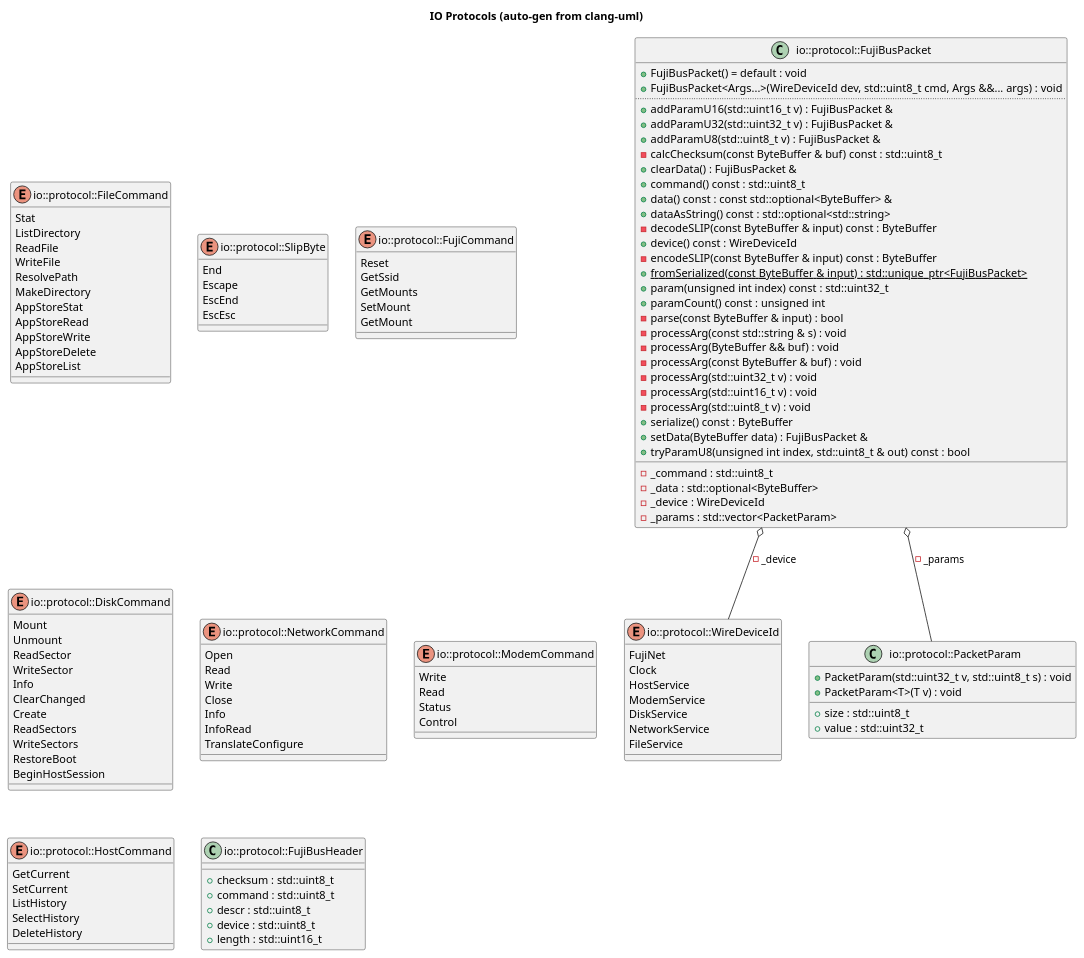
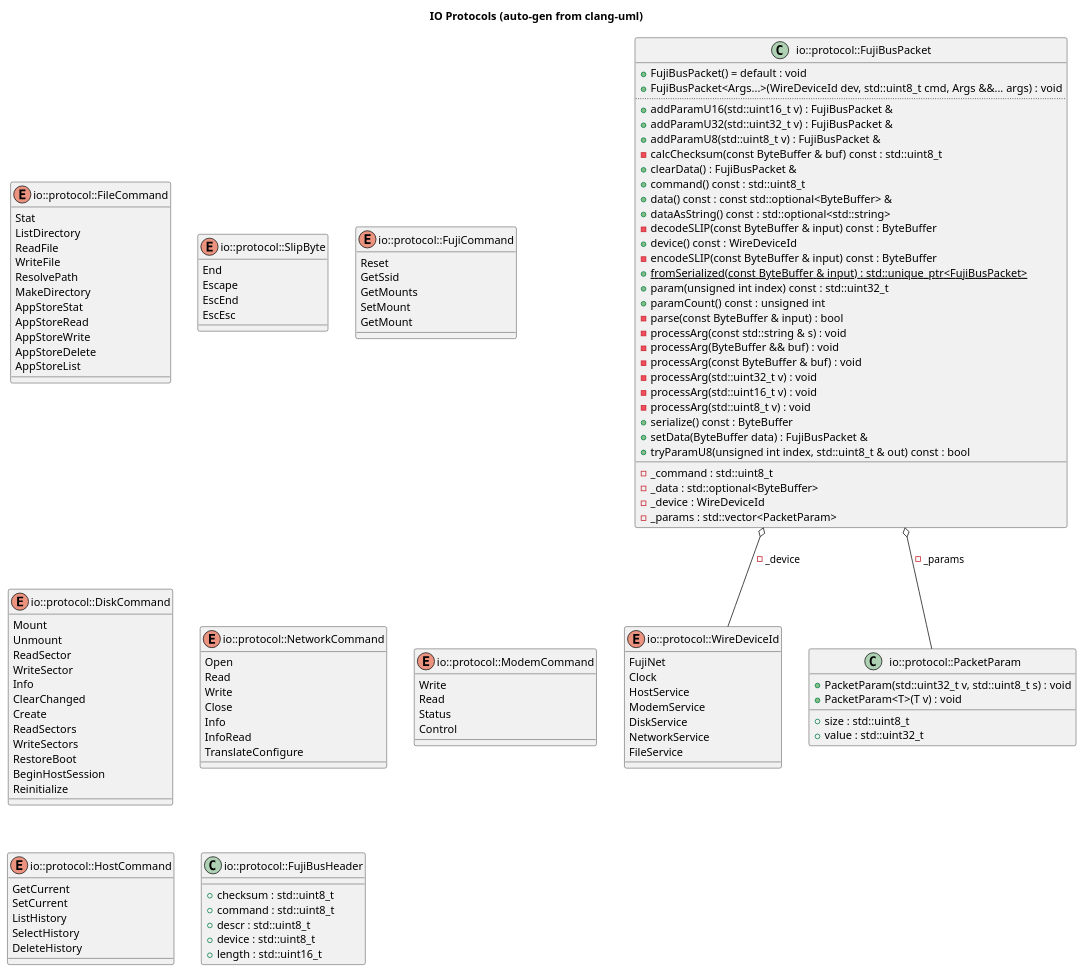
One commit to markjfisher/fujinet-nio changed the diagram in docs/uml/gen_io_protocol.puml. Above: the diagram before and after it, drawn with PlantUML. The commit also changed 3 other files, not shown here.

Commit message:
chore: update auto-generated UML diagrams

```diff
--- a/docs/uml/gen_io_protocol.puml
+++ b/docs/uml/gen_io_protocol.puml
@@ -1,138 +1,139 @@
 @startuml
 title IO Protocols (auto-gen from clang-uml)
 enum "io::protocol::WireDeviceId" as C_0015225225004340369839
 enum C_0015225225004340369839 {
 FujiNet
 Clock
 HostService
 ModemService
 DiskService
 NetworkService
 FileService
 }
 enum "io::protocol::FileCommand" as C_0003895064208135060769
 enum C_0003895064208135060769 {
 Stat
 ListDirectory
 ReadFile
 WriteFile
 ResolvePath
 MakeDirectory
 AppStoreStat
 AppStoreRead
 AppStoreWrite
 AppStoreDelete
 AppStoreList
 }
 enum "io::protocol::SlipByte" as C_0010627602090167488081
 enum C_0010627602090167488081 {
 End
 Escape
 EscEnd
 EscEsc
 }
 class "io::protocol::PacketParam" as C_0003277087640557799971
 class C_0003277087640557799971 {
 +PacketParam(std::uint32_t v, std::uint8_t s) : void
 +PacketParam<T>(T v) : void
 __
 +size : std::uint8_t
 +value : std::uint32_t
 }
 class "io::protocol::FujiBusPacket" as C_0017232777488057089840
 class C_0017232777488057089840 {
 +FujiBusPacket() = default : void
 +FujiBusPacket<Args...>(WireDeviceId dev, std::uint8_t cmd, Args &&... args) : void
 ..
 +addParamU16(std::uint16_t v) : FujiBusPacket &
 +addParamU32(std::uint32_t v) : FujiBusPacket &
 +addParamU8(std::uint8_t v) : FujiBusPacket &
 -calcChecksum(const ByteBuffer & buf) const : std::uint8_t
 +clearData() : FujiBusPacket &
 +command() const : std::uint8_t
 +data() const : const std::optional<ByteBuffer> &
 +dataAsString() const : std::optional<std::string>
 -decodeSLIP(const ByteBuffer & input) const : ByteBuffer
 +device() const : WireDeviceId
 -encodeSLIP(const ByteBuffer & input) const : ByteBuffer
 {static} +fromSerialized(const ByteBuffer & input) : std::unique_ptr<FujiBusPacket>
 +param(unsigned int index) const : std::uint32_t
 +paramCount() const : unsigned int
 -parse(const ByteBuffer & input) : bool
 -processArg(const std::string & s) : void
 -processArg(ByteBuffer && buf) : void
 -processArg(const ByteBuffer & buf) : void
 -processArg(std::uint32_t v) : void
 -processArg(std::uint16_t v) : void
 -processArg(std::uint8_t v) : void
 +serialize() const : ByteBuffer
 +setData(ByteBuffer data) : FujiBusPacket &
 +tryParamU8(unsigned int index, std::uint8_t & out) const : bool
 __
 -_command : std::uint8_t
 -_data : std::optional<ByteBuffer>
 -_device : WireDeviceId
 -_params : std::vector<PacketParam>
 }
 enum "io::protocol::FujiCommand" as C_0004628219160953719395
 enum C_0004628219160953719395 {
 Reset
 GetSsid
 GetMounts
 SetMount
 GetMount
 }
 enum "io::protocol::DiskCommand" as C_0015699043703645047876
 enum C_0015699043703645047876 {
 Mount
 Unmount
 ReadSector
 WriteSector
 Info
 ClearChanged
 Create
 ReadSectors
 WriteSectors
 RestoreBoot
 BeginHostSession
+Reinitialize
 }
 enum "io::protocol::NetworkCommand" as C_0007700754280455587098
 enum C_0007700754280455587098 {
 Open
 Read
 Write
 Close
 Info
 InfoRead
 TranslateConfigure
 }
 enum "io::protocol::ModemCommand" as C_0010997942004027913014
 enum C_0010997942004027913014 {
 Write
 Read
 Status
 Control
 }
 enum "io::protocol::HostCommand" as C_0007123260493549580442
 enum C_0007123260493549580442 {
 GetCurrent
 SetCurrent
 ListHistory
 SelectHistory
 DeleteHistory
 }
 class "io::protocol::FujiBusHeader" as C_0009954510640382192371
 class C_0009954510640382192371 {
 __
 +checksum : std::uint8_t
 +command : std::uint8_t
 +descr : std::uint8_t
 +device : std::uint8_t
 +length : std::uint16_t
 }
 C_0017232777488057089840 o-- C_0015225225004340369839 : -_device
 C_0017232777488057089840 o-- C_0003277087640557799971 : -_params
 
 'Generated with clang-uml, version 0.6.3
 'LLVM version Ubuntu clang version 18.1.3 (1ubuntu1)
 @enduml
```
